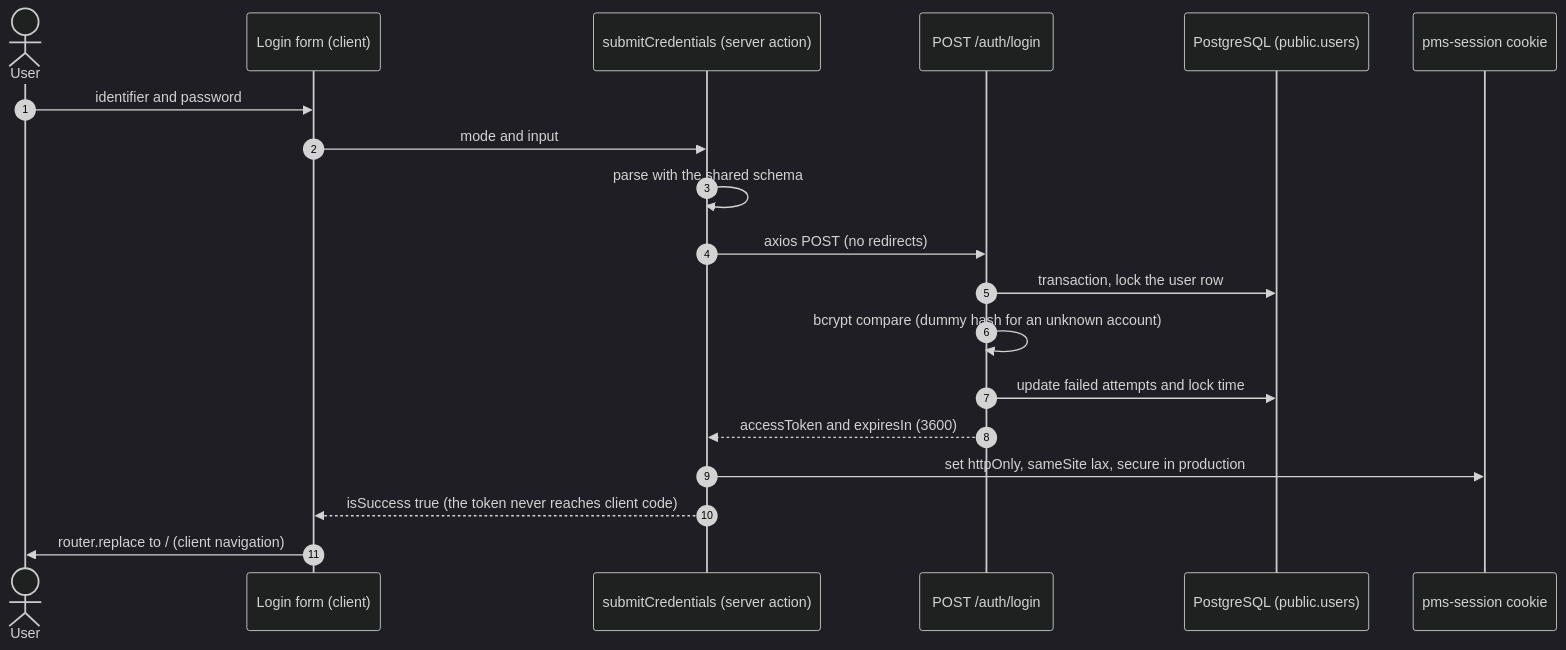
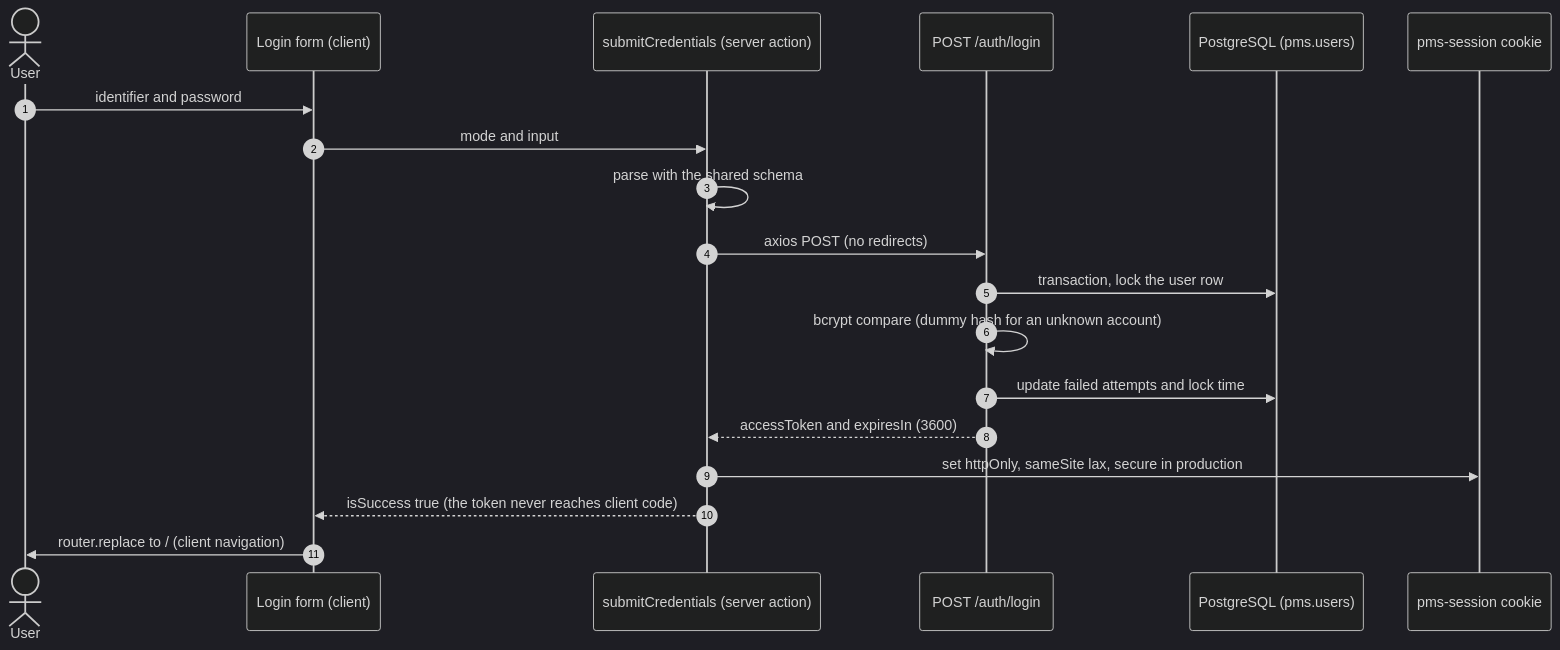
Before and after one commit to intellismartinc-iging/performance-management-system: the second of 4 diagrams in docs/system-architecture.md, drawn with Mermaid (dark theme). The commit also changed other lines of this file and 16 other files, not shown here.

````diff
--- a/docs/system-architecture.md
+++ b/docs/system-architecture.md
@@ -937,22 +974,22 @@
 ```mermaid
 sequenceDiagram
   autonumber
   actor User
   participant Form as Login form (client)
   participant Action as submitCredentials (server action)
   participant Api as POST /auth/login
-  participant Db as PostgreSQL (public.users)
+  participant Db as PostgreSQL (pms.users)
   participant Cookie as pms-session cookie
 
   User->>Form: identifier and password
   Form->>Action: mode and input
   Action->>Action: parse with the shared schema
   Action->>Api: axios POST (no redirects)
   Api->>Db: transaction, lock the user row
   Api->>Api: bcrypt compare (dummy hash for an unknown account)
   Api->>Db: update failed attempts and lock time
   Api-->>Action: accessToken and expiresIn (3600)
   Action->>Cookie: set httpOnly, sameSite lax, secure in production
   Action-->>Form: isSuccess true (the token never reaches client code)
   Form->>User: router.replace to / (client navigation)
 ```
````
